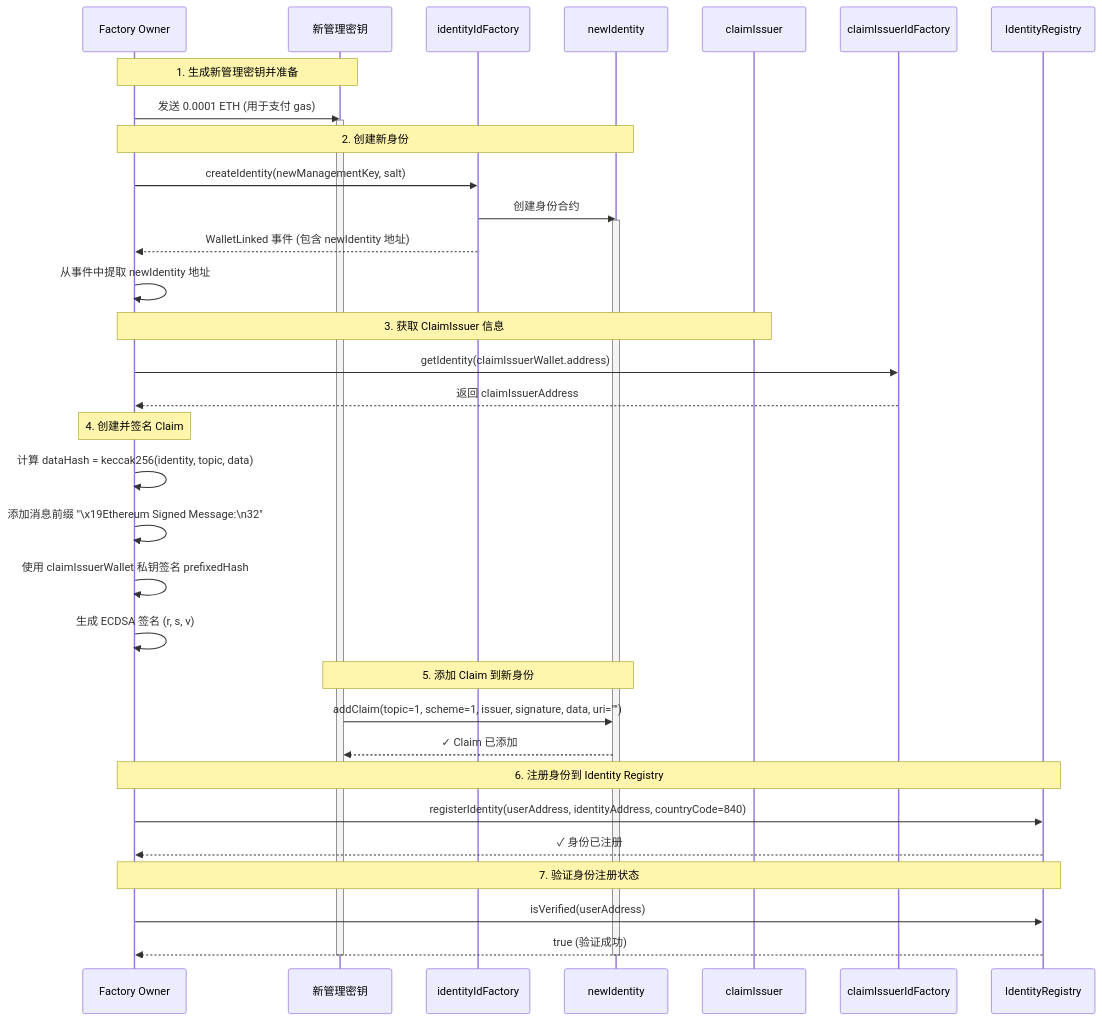
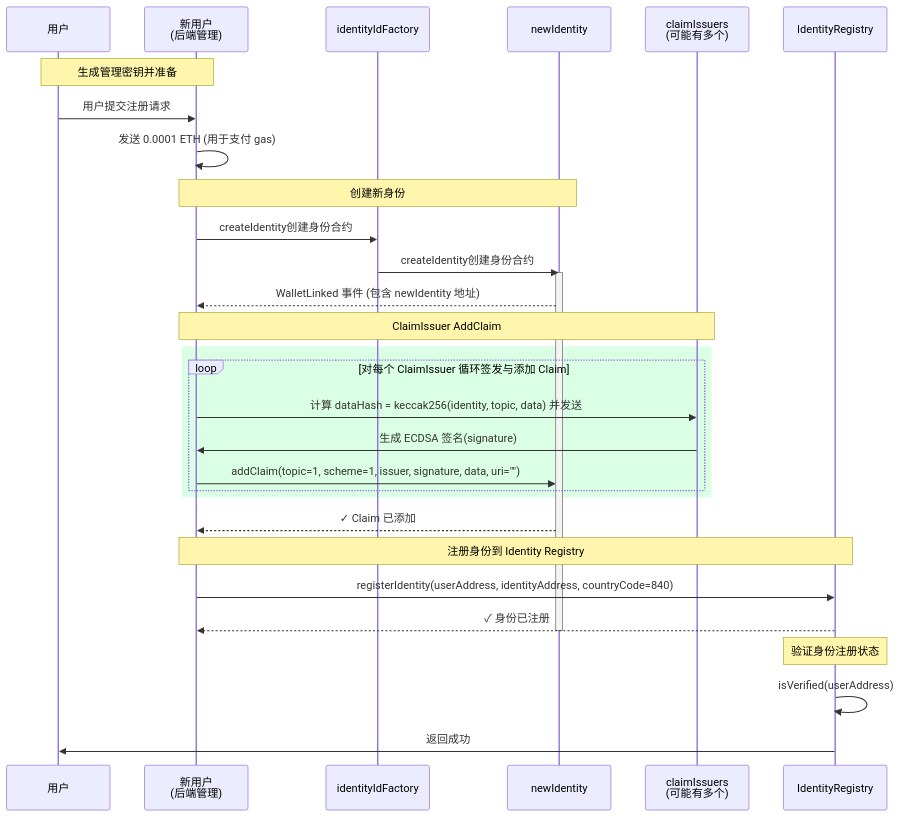
The diagram in document/examples/registerNewIdentity_flowchart.md (Joshuashen022/erc-3643-demo), drawn with Mermaid before and after one commit. The commit also changed 10 other files, not shown here.

````diff
--- a/document/examples/registerNewIdentity_flowchart.md
+++ b/document/examples/registerNewIdentity_flowchart.md
@@ -5,46 +5,47 @@
 ```mermaid
 sequenceDiagram
-    participant FactoryOwner as Factory Owner
-    participant NewMgmtKey as 新管理密钥
+    participant FactoryOwner as 用户
+    participant NewMgmtKey as 新用户<br/>(后端管理)
     participant Factory as identityIdFactory
     participant NewIdentity as newIdentity
-    participant ClaimIssuer as claimIssuer
-    participant ClaimIssuerFactory as claimIssuerIdFactory
+    participant ClaimIssuer as claimIssuers<br/>(可能有多个)
     participant Registry as IdentityRegistry
 
-    Note over FactoryOwner,NewMgmtKey: 1. 生成新管理密钥并准备
-    FactoryOwner->>NewMgmtKey: 发送 0.0001 ETH (用于支付 gas)
-    activate NewMgmtKey
+    Note over FactoryOwner,NewMgmtKey: 生成管理密钥并准备
+    FactoryOwner->>NewMgmtKey: 用户提交注册请求
+    NewMgmtKey->>NewMgmtKey: 发送 0.0001 ETH (用于支付 gas)
+    
 
-    Note over FactoryOwner,NewIdentity: 2. 创建新身份
-    FactoryOwner->>Factory: createIdentity(newManagementKey, salt)
-    Factory->>NewIdentity: 创建身份合约
+    Note over NewMgmtKey,NewIdentity: 创建新身份
+
+    NewMgmtKey->>Factory: createIdentity创建身份合约
+    Factory->>NewIdentity: createIdentity创建身份合约
     activate NewIdentity
-    Factory-->>FactoryOwner: WalletLinked 事件 (包含 newIdentity 地址)
-    FactoryOwner->>FactoryOwner: 从事件中提取 newIdentity 地址
-
-    Note over FactoryOwner,ClaimIssuer: 3. 获取 ClaimIssuer 信息
-    FactoryOwner->>ClaimIssuerFactory: getIdentity(claimIssuerWallet.address)
-    ClaimIssuerFactory-->>FactoryOwner: 返回 claimIssuerAddress
-
-    Note over FactoryOwner: 4. 创建并签名 Claim
-    FactoryOwner->>FactoryOwner: 计算 dataHash = keccak256(identity, topic, data)
-    FactoryOwner->>FactoryOwner: 添加消息前缀 "\x19Ethereum Signed Message:\n32"
-    FactoryOwner->>FactoryOwner: 使用 claimIssuerWallet 私钥签名 prefixedHash
-    FactoryOwner->>FactoryOwner: 生成 ECDSA 签名 (r, s, v)
-
-    Note over NewMgmtKey,NewIdentity: 5. 添加 Claim 到新身份
-    NewMgmtKey->>NewIdentity: addClaim(topic=1, scheme=1, issuer, signature, data, uri="")
+    NewIdentity-->>NewMgmtKey: WalletLinked 事件 (包含 newIdentity 地址)
+    
+    Note over NewMgmtKey,ClaimIssuer: ClaimIssuer AddClaim 
+    rect rgba(153, 255, 177, 0.35)
+        loop 对每个 ClaimIssuer 循环签发与添加 Claim
+        
+            NewMgmtKey->>ClaimIssuer: 计算 dataHash = keccak256(identity, topic, data) 并发送
+            ClaimIssuer->>NewMgmtKey: 生成 ECDSA 签名(signature)
+        
+    
+            NewMgmtKey->>NewIdentity: addClaim(topic=1, scheme=1, issuer, signature, data, uri="")
+        end
+    end
     NewIdentity-->>NewMgmtKey: ✓ Claim 已添加
 
-    Note over FactoryOwner,Registry: 6. 注册身份到 Identity Registry
-    FactoryOwner->>Registry: registerIdentity(userAddress, identityAddress, countryCode=840)
-    Registry-->>FactoryOwner: ✓ 身份已注册
+    Note over NewMgmtKey,Registry:  注册身份到 Identity Registry
+    NewMgmtKey->>Registry: registerIdentity(userAddress, identityAddress, countryCode=840)
+    Registry-->>NewMgmtKey: ✓ 身份已注册
+    
+    deactivate NewIdentity
 
-    Note over FactoryOwner,Registry: 7. 验证身份注册状态
-    FactoryOwner->>Registry: isVerified(userAddress)
-    Registry-->>FactoryOwner: true (验证成功)
+    Note over Registry: 验证身份注册状态
+    Registry->>Registry: isVerified(userAddress)
+    Registry->>FactoryOwner: 返回成功
 
-    deactivate NewIdentity
-    deactivate NewMgmtKey
+    
+    
 ```
````
